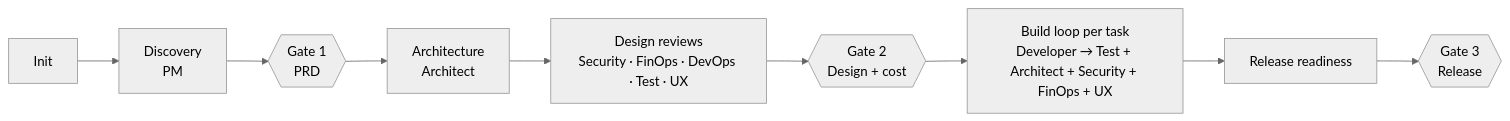
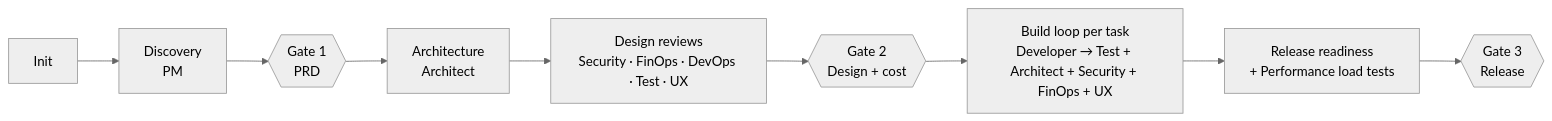
The diagram in README.md (achisolomon/software-factory), drawn with Mermaid (neutral theme) before and after one commit. The commit also changed other lines of this file and 30 other files, not shown here.

First line of the commit message:
0.6.0: Performance Engineer agent, Test Engineer as devil's advocate

````diff
--- a/README.md
+++ b/README.md
@@ -20,6 +21,6 @@
 ```mermaid
 flowchart LR
   I[Init] --> D[Discovery<br/>PM] --> G1{{Gate 1<br/>PRD}}
   G1 --> A[Architecture<br/>Architect] --> R[Design reviews<br/>Security · FinOps · DevOps · Test · UX] --> G2{{Gate 2<br/>Design + cost}}
-  G2 --> B[Build loop per task<br/>Developer → Test + Architect + Security + FinOps + UX] --> RR[Release readiness] --> G3{{Gate 3<br/>Release}}
+  G2 --> B[Build loop per task<br/>Developer → Test + Architect + Security + FinOps + UX] --> RR[Release readiness<br/>+ Performance load tests] --> G3{{Gate 3<br/>Release}}
 ```
````
